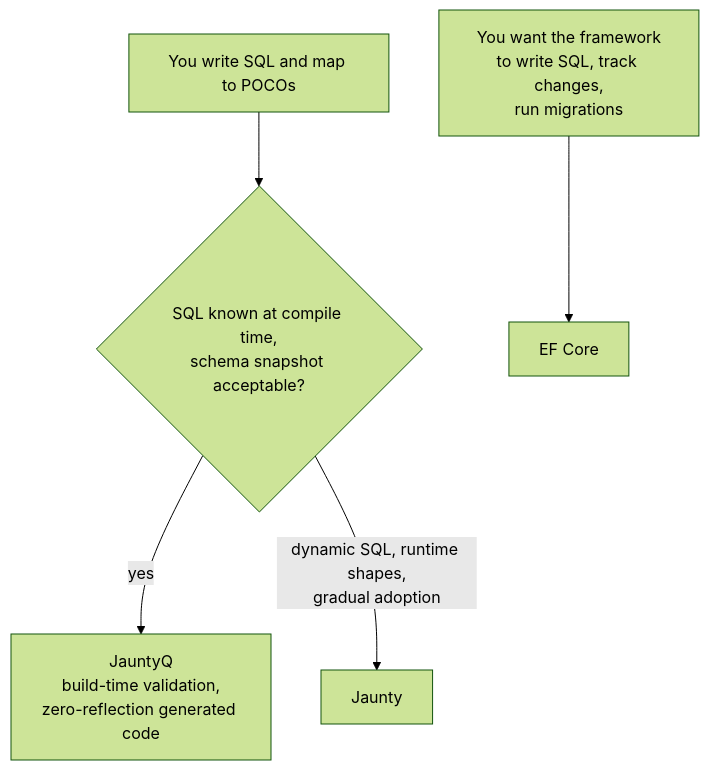
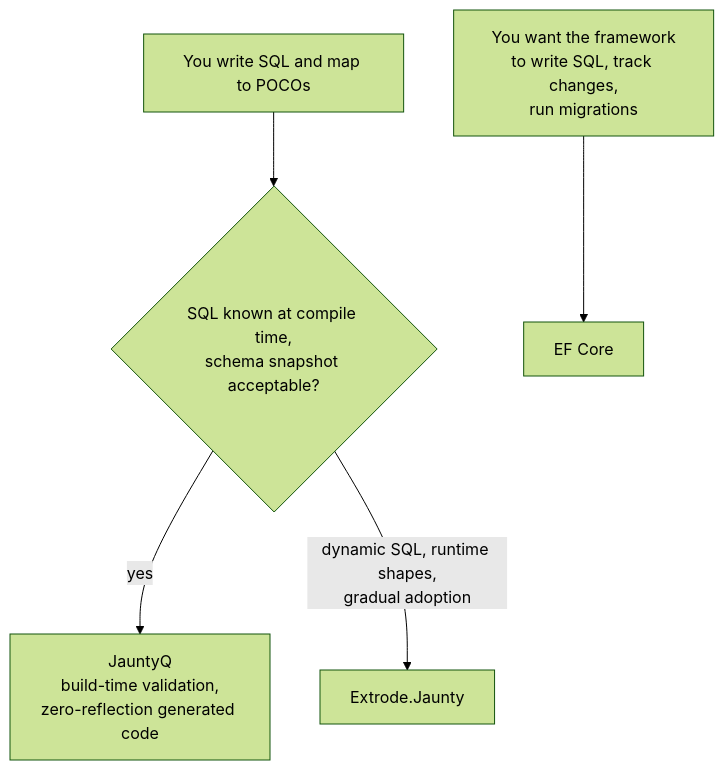
The second of 2 diagrams in docs/00-quick-start/why-jaunty.md (extrode/jaunty), drawn with Mermaid (forest theme) before and after one commit. The commit also changed other lines of this file and 77 other files, not shown here.

First line of the commit message:
docs: update Extrode.Jaunty.* code references, add breaking-change note

````diff
--- a/docs/00-quick-start/why-jaunty.md
+++ b/docs/00-quick-start/why-jaunty.md
@@ -56,7 +56,7 @@
 ```mermaid
 flowchart TD
     S["You write SQL and map to POCOs"] --> Q1{"SQL known at compile time,<br/>schema snapshot acceptable?"}
     Q1 -- yes --> JQ["JauntyQ<br/>build-time validation,<br/>zero-reflection generated code"]
-    Q1 -- "dynamic SQL, runtime shapes,<br/>gradual adoption" --> J["Jaunty"]
+    Q1 -- "dynamic SQL, runtime shapes,<br/>gradual adoption" --> J["Extrode.Jaunty"]
     S2["You want the framework<br/>to write SQL, track changes,<br/>run migrations"] --> EF["EF Core"]
 ```
````
